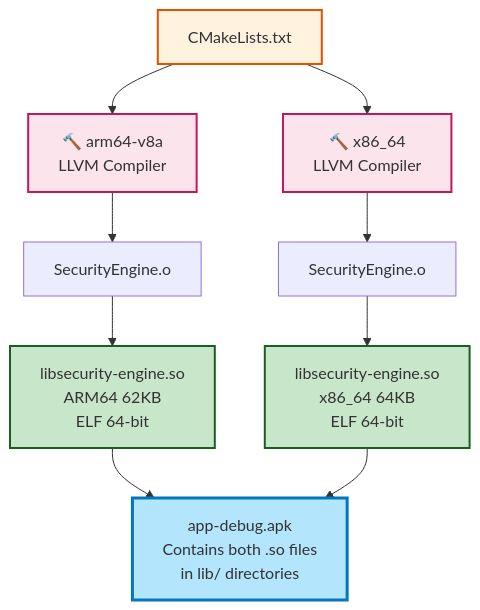
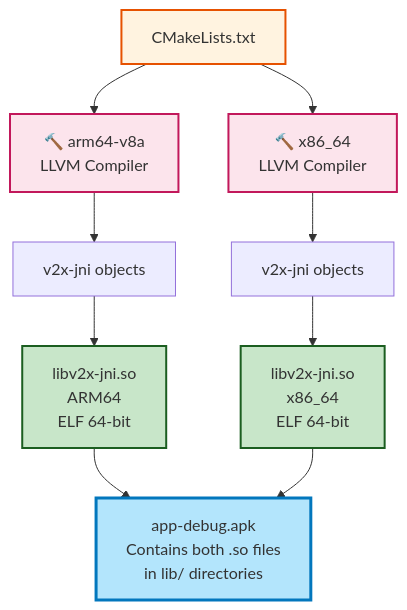
Before and after one commit to Sudip-SenGupta/sentinel-v-v2x-bridge: the tenth of 10 diagrams in docs/ARCHITECTURE-DIAGRAMS.md, drawn with Mermaid. The commit also changed other lines of this file and 11 other files, not shown here.

````diff
--- a/docs/ARCHITECTURE-DIAGRAMS.md
+++ b/docs/ARCHITECTURE-DIAGRAMS.md
@@ -322,34 +550,34 @@
 ```mermaid
 graph TD
     CMAKE["CMakeLists.txt"]
     
     ARM64["🔨 arm64-v8a<br/>LLVM Compiler"]
     X86_64["🔨 x86_64<br/>LLVM Compiler"]
     
-    ARM64_OBJ["SecurityEngine.o"]
-    X86_64_OBJ["SecurityEngine.o"]
+    ARM64_OBJ["v2x-jni objects"]
+    X86_64_OBJ["v2x-jni objects"]
     
-    ARM64_SO["libsecurity-engine.so<br/>ARM64 62KB<br/>ELF 64-bit"]
-    X86_64_SO["libsecurity-engine.so<br/>x86_64 64KB<br/>ELF 64-bit"]
+    ARM64_SO["libv2x-jni.so<br/>ARM64<br/>ELF 64-bit"]
+    X86_64_SO["libv2x-jni.so<br/>x86_64<br/>ELF 64-bit"]
     
     APK["app-debug.apk<br/>Contains both .so files<br/>in lib/ directories"]
     
     CMAKE --> ARM64
     CMAKE --> X86_64
     
     ARM64 --> ARM64_OBJ
     X86_64 --> X86_64_OBJ
     
     ARM64_OBJ --> ARM64_SO
     X86_64_OBJ --> X86_64_SO
     
     ARM64_SO --> APK
     X86_64_SO --> APK
     
     style CMAKE fill:#fff3e0,stroke:#e65100,stroke-width:2px
     style ARM64 fill:#fce4ec,stroke:#c2185b,stroke-width:2px
     style X86_64 fill:#fce4ec,stroke:#c2185b,stroke-width:2px
     style ARM64_SO fill:#c8e6c9,stroke:#1b5e20,stroke-width:2px
     style X86_64_SO fill:#c8e6c9,stroke:#1b5e20,stroke-width:2px
     style APK fill:#b3e5fc,stroke:#0277bd,stroke-width:3px
 ```
````
